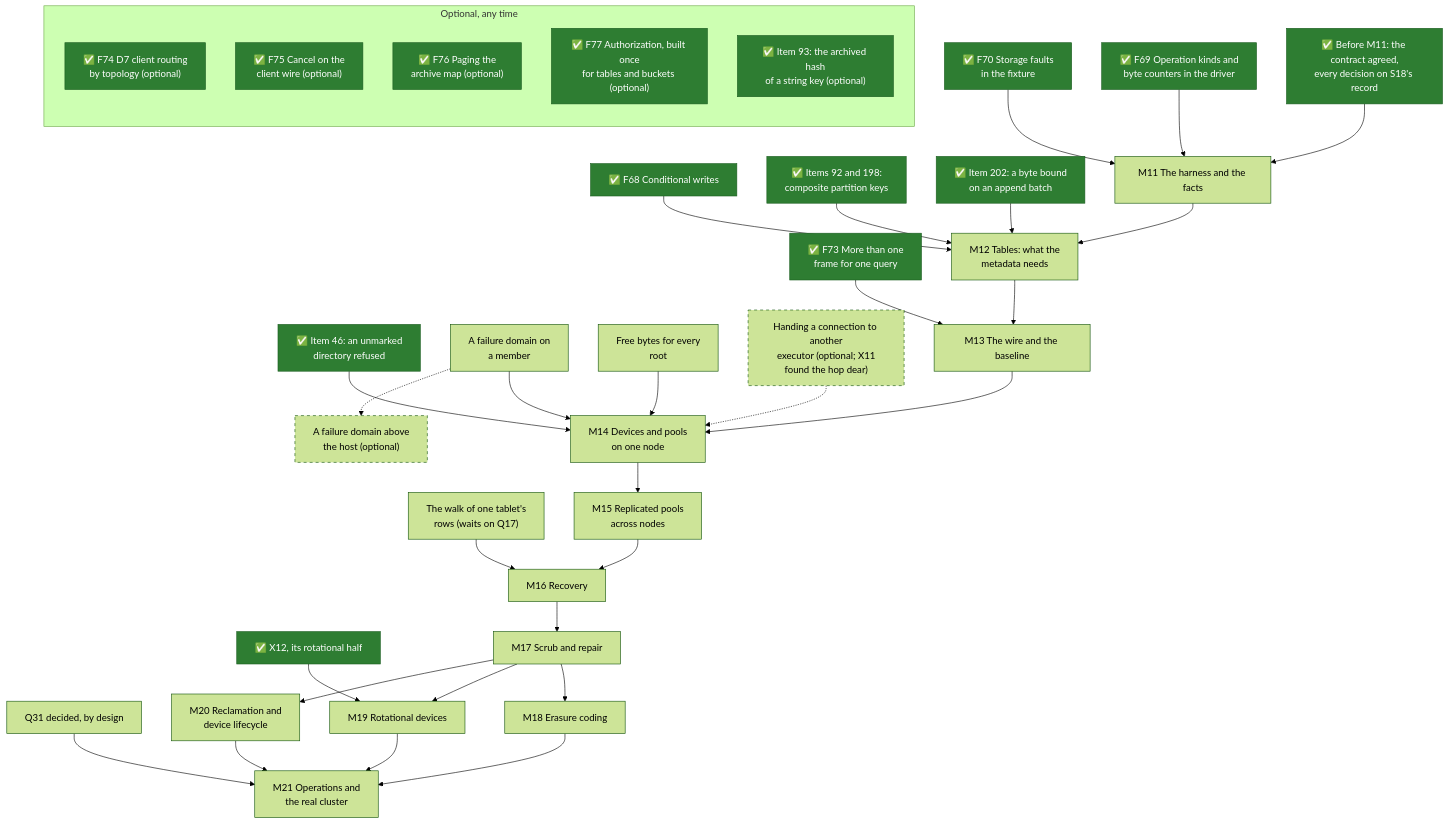
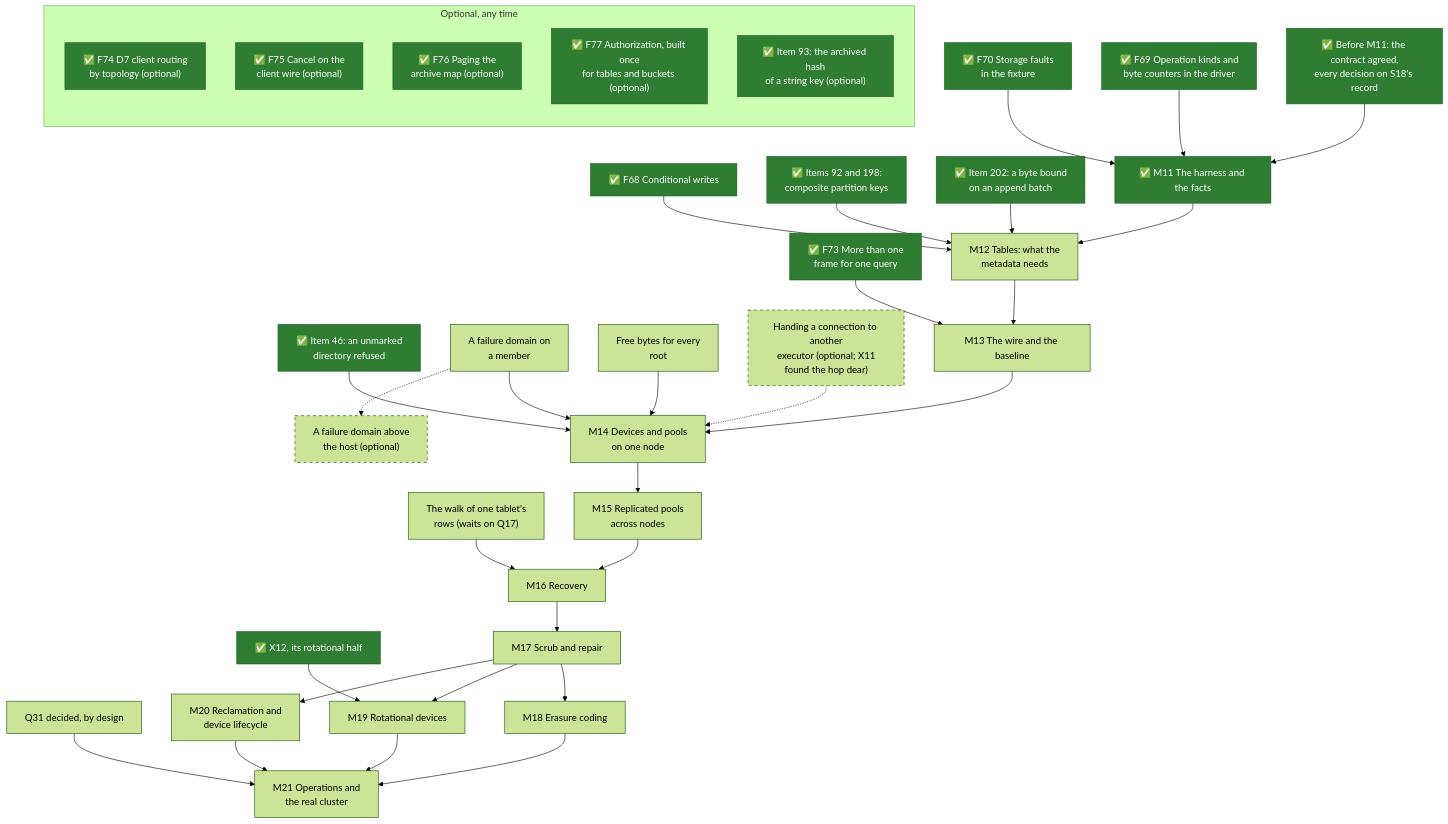
Before and after one commit to mjcarson/shoal: the second of 2 diagrams in docs/src/object-storage/whats-left-todo.md, drawn with Mermaid (forest theme). The commit also changed other lines of this file and 23 other files, not shown here.

````diff
--- a/docs/src/object-storage/whats-left-todo.md
+++ b/docs/src/object-storage/whats-left-todo.md
@@ -128,57 +130,57 @@
 ```mermaid
 flowchart TB
     classDef done fill:#2e7d32,stroke:#1b5e20,color:#ffffff
     classDef optional stroke-dasharray: 5 5
     Gate["✅ Before M11: the contract agreed,<br>every decision on S18's record"]:::done
     F69["✅ F69 Operation kinds and<br>byte counters in the driver"]:::done
     F70["✅ F70 Storage faults<br>in the fixture"]:::done
     F68["✅ F68 Conditional writes"]:::done
     I198["✅ Items 92 and 198:<br>composite partition keys"]:::done
     I202["✅ Item 202: a byte bound<br>on an append batch"]:::done
     I46["✅ Item 46: an unmarked<br>directory refused"]:::done
     Frames["✅ F73 More than one<br>frame for one query"]:::done
     Domain["A failure domain on<br>a member"]
     Free["Free bytes for every<br>root"]
     Walk["The walk of one tablet's<br>rows (waits on Q17)"]
     Handoff["Handing a connection to another<br>executor (optional; X11<br>found the hop dear)"]:::optional
     Rack["A failure domain above<br>the host (optional)"]:::optional
     X12r["✅ X12, its rotational half"]:::done
     Q31["Q31 decided, by design"]
-    M11["M11 The harness and the facts"]
+    M11["✅ M11 The harness and the facts"]:::done
     M12["M12 Tables: what the<br>metadata needs"]
     M13["M13 The wire and the baseline"]
     M14["M14 Devices and pools<br>on one node"]
     M15["M15 Replicated pools<br>across nodes"]
     M16["M16 Recovery"]
     M17["M17 Scrub and repair"]
     M18["M18 Erasure coding"]
     M19["M19 Rotational devices"]
     M20["M20 Reclamation and<br>device lifecycle"]
     M21["M21 Operations and<br>the real cluster"]
     Gate --> M11 --> M12 --> M13 --> M14 --> M15 --> M16 --> M17
     M17 --> M18 --> M21
     M17 --> M19 --> M21
     M17 --> M20 --> M21
     F69 --> M11
     F70 --> M11
     F68 --> M12
     I198 --> M12
     I202 --> M12
     Frames --> M13
     I46 --> M14
     Domain --> M14
     Free --> M14
     Handoff -.-> M14
     Domain -.-> Rack
     Walk --> M16
     X12r --> M19
     Q31 --> M21
     subgraph anytime["Optional, any time"]
         direction TB
         D7["✅ F74 D7 client routing<br>by topology (optional)"]:::done
         Cancel["✅ F75 Cancel on the<br>client wire (optional)"]:::done
         Paging["✅ F76 Paging the<br>archive map (optional)"]:::done
         Authz["✅ F77 Authorization, built once<br>for tables and buckets (optional)"]:::done
         I93["✅ Item 93: the archived hash<br>of a string key (optional)"]:::done
     end
 ```
````
